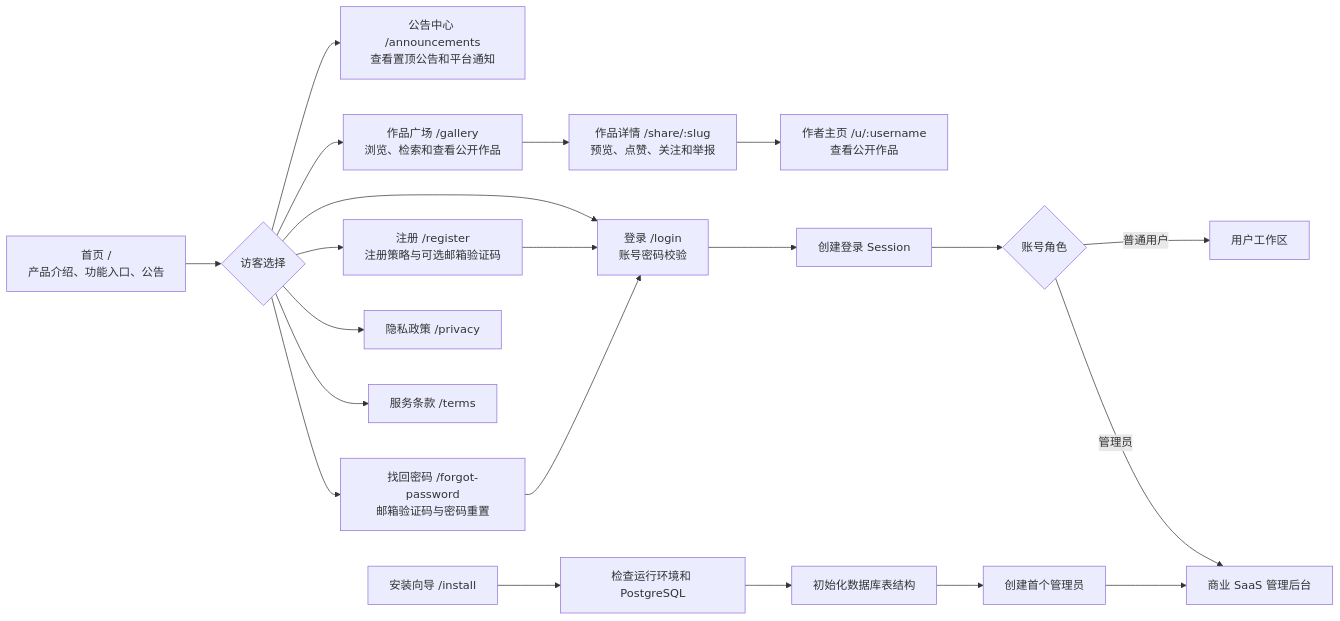
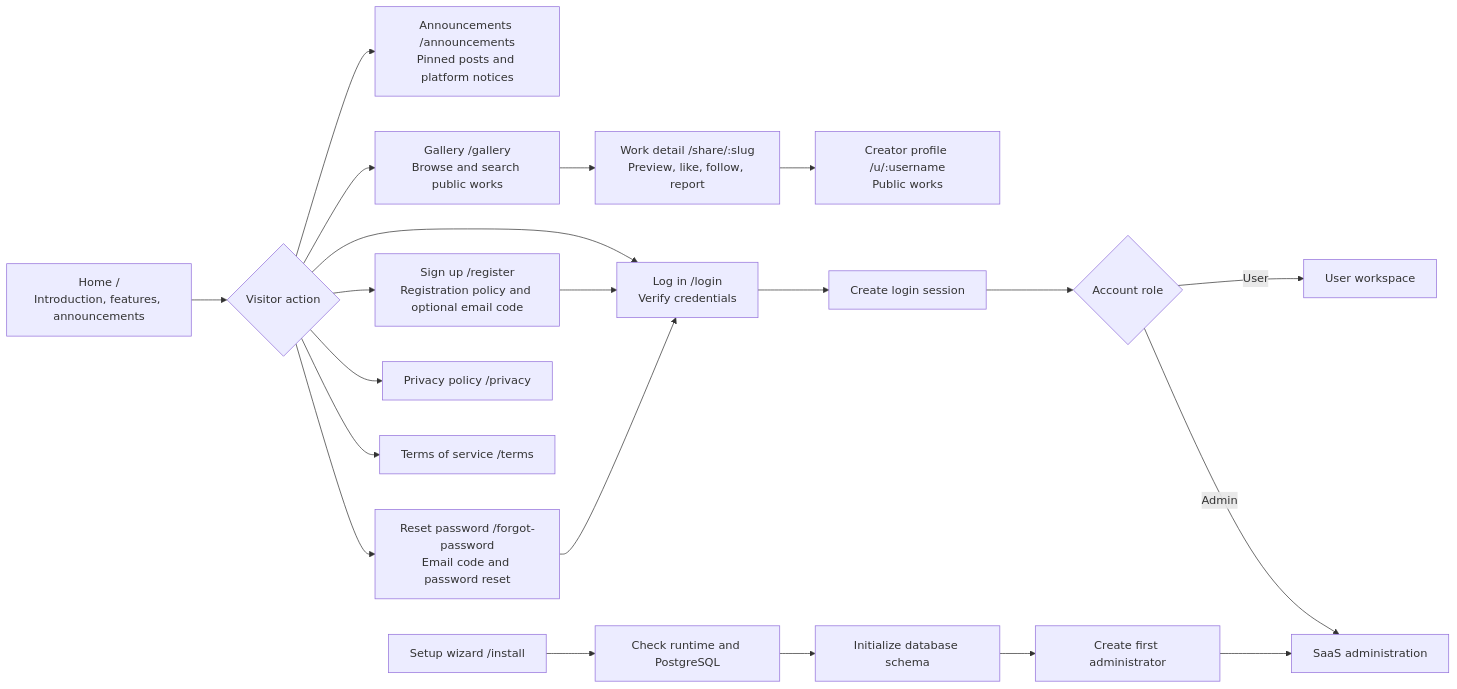
The first of 9 diagrams in README.md (fandy20082008/GoldCube), drawn with Mermaid before and after one commit. The commit also changed other lines of this file, not shown here.

Commit message:
docs: publish English GoldCube repository introduction

````diff
--- a/README.md
+++ b/README.md
@@ -68,27 +67,27 @@
 ```mermaid
 flowchart LR
-    HOME["首页 /<br/>产品介绍、功能入口、公告"] --> ACTION{"访客选择"}
+    HOME["Home /<br/>Introduction, features, announcements"] --> ACTION{"Visitor action"}
 
-    ACTION --> ANN["公告中心 /announcements<br/>查看置顶公告和平台通知"]
-    ACTION --> GALLERY["作品广场 /gallery<br/>浏览、检索和查看公开作品"]
-    ACTION --> LOGIN["登录 /login<br/>账号密码校验"]
-    ACTION --> REGISTER["注册 /register<br/>注册策略与可选邮箱验证码"]
-    ACTION --> FORGOT["找回密码 /forgot-password<br/>邮箱验证码与密码重置"]
-    ACTION --> PRIVACY["隐私政策 /privacy"]
-    ACTION --> TERMS["服务条款 /terms"]
+    ACTION --> ANN["Announcements /announcements<br/>Pinned posts and platform notices"]
+    ACTION --> GALLERY["Gallery /gallery<br/>Browse and search public works"]
+    ACTION --> LOGIN["Log in /login<br/>Verify credentials"]
+    ACTION --> REGISTER["Sign up /register<br/>Registration policy and optional email code"]
+    ACTION --> FORGOT["Reset password /forgot-password<br/>Email code and password reset"]
+    ACTION --> PRIVACY["Privacy policy /privacy"]
+    ACTION --> TERMS["Terms of service /terms"]
 
-    GALLERY --> SHARE["作品详情 /share/:slug<br/>预览、点赞、关注和举报"]
-    SHARE --> CREATOR["作者主页 /u/:username<br/>查看公开作品"]
+    GALLERY --> SHARE["Work detail /share/:slug<br/>Preview, like, follow, report"]
+    SHARE --> CREATOR["Creator profile /u/:username<br/>Public works"]
 
     REGISTER --> LOGIN
     FORGOT --> LOGIN
-    LOGIN --> SESSION["创建登录 Session"]
-    SESSION --> ROLE{"账号角色"}
-    ROLE -->|普通用户| USER["用户工作区"]
-    ROLE -->|管理员| ADMIN["商业 SaaS 管理后台"]
+    LOGIN --> SESSION["Create login session"]
+    SESSION --> ROLE{"Account role"}
+    ROLE -->|User| USER["User workspace"]
+    ROLE -->|Admin| ADMIN["SaaS administration"]
 
-    INSTALL["安装向导 /install"] --> CHECK["检查运行环境和 PostgreSQL"]
-    CHECK --> SCHEMA["初始化数据库表结构"]
-    SCHEMA --> FIRST_ADMIN["创建首个管理员"]
+    INSTALL["Setup wizard /install"] --> CHECK["Check runtime and PostgreSQL"]
+    CHECK --> SCHEMA["Initialize database schema"]
+    SCHEMA --> FIRST_ADMIN["Create first administrator"]
     FIRST_ADMIN --> ADMIN
 ```
````
